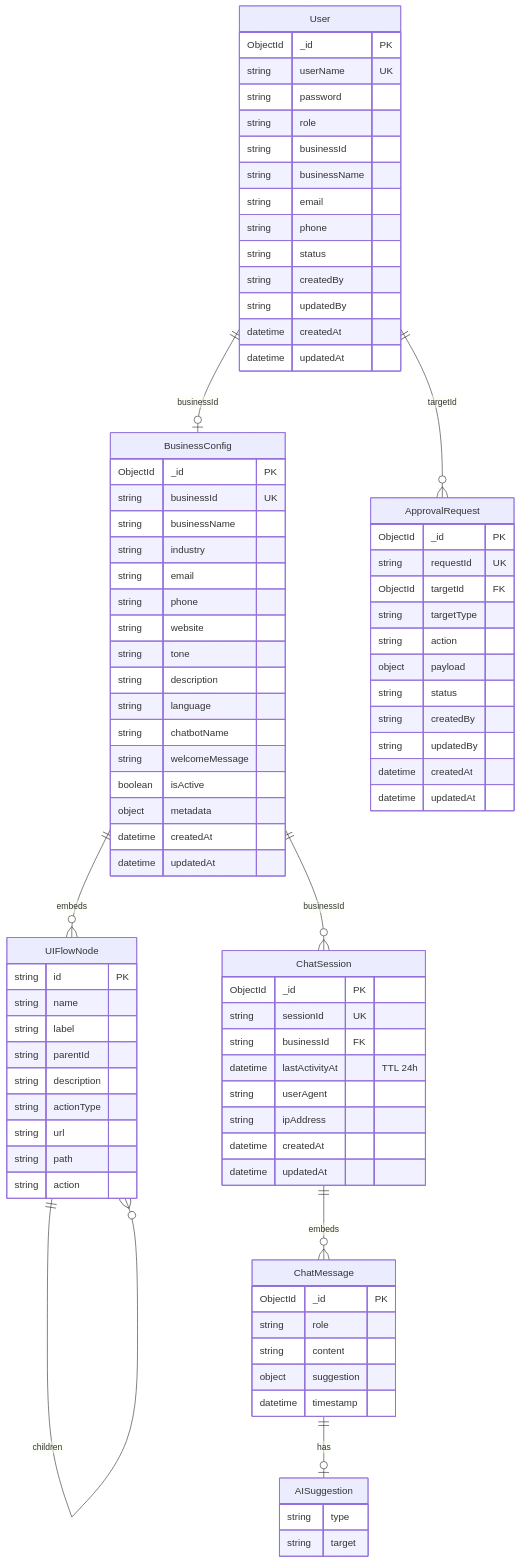
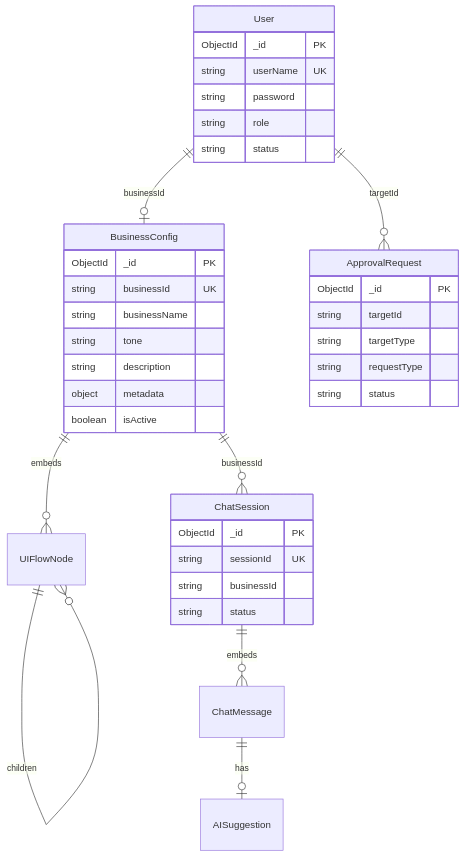
The second of 2 diagrams in README.md (hoanganh5350/AI-Platform-For-Business), drawn with Mermaid before and after one commit. The commit also changed other lines of this file, not shown here.

````diff
--- a/README.md
+++ b/README.md
@@ -171,83 +86,31 @@
         string userName UK
         string password
         string role
-        string businessId
-        string businessName
-        string email
-        string phone
         string status
-        string createdBy
-        string updatedBy
-        datetime createdAt
-        datetime updatedAt
     }
 
     BusinessConfig {
         ObjectId _id PK
         string businessId UK
         string businessName
-        string industry
-        string email
-        string phone
-        string website
         string tone
         string description
-        string language
-        string chatbotName
-        string welcomeMessage
+        object metadata
         boolean isActive
-        object metadata
-        datetime createdAt
-        datetime updatedAt
-    }
-
-    UIFlowNode {
-        string id PK
-        string name
-        string label
-        string parentId
-        string description
-        string actionType
-        string url
-        string path
-        string action
     }
 
     ChatSession {
         ObjectId _id PK
         string sessionId UK
-        string businessId FK
-        datetime lastActivityAt "TTL 24h"
-        string userAgent
-        string ipAddress
-        datetime createdAt
-        datetime updatedAt
-    }
-
-    ChatMessage {
-        ObjectId _id PK
-        string role
-        string content
-        object suggestion
-        datetime timestamp
-    }
-
-    AISuggestion {
-        string type
-        string target
+        string businessId
+        string status
     }
 
     ApprovalRequest {
         ObjectId _id PK
-        string requestId UK
-        ObjectId targetId FK
+        string targetId
         string targetType
-        string action
-        object payload
+        string requestType
         string status
-        string createdBy
-        string updatedBy
-        datetime createdAt
-        datetime updatedAt
     }
 ```
````
